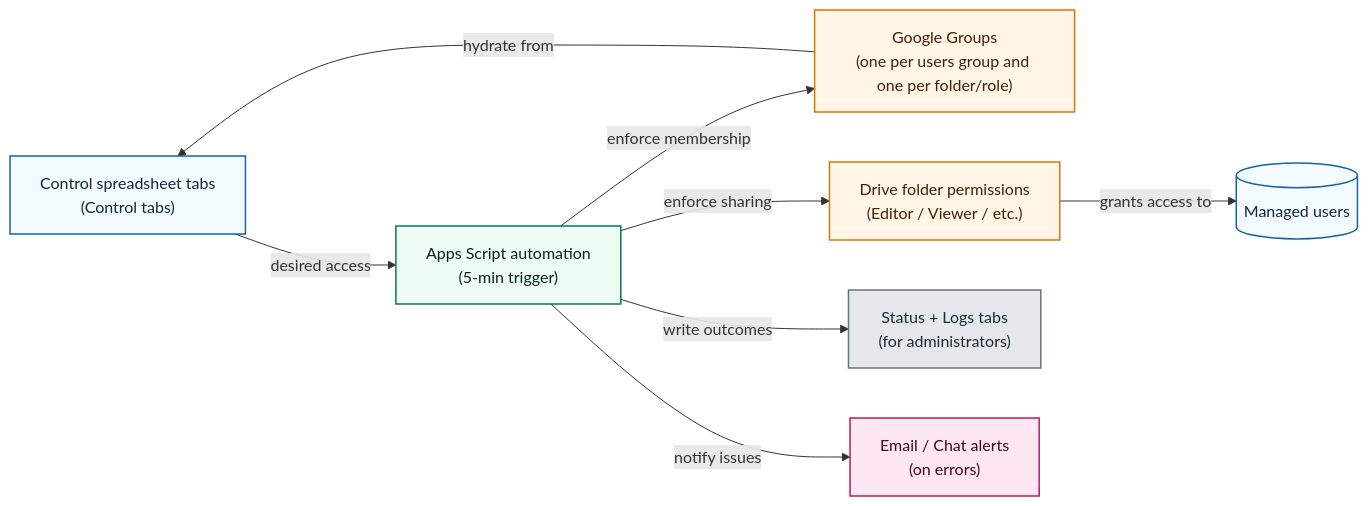
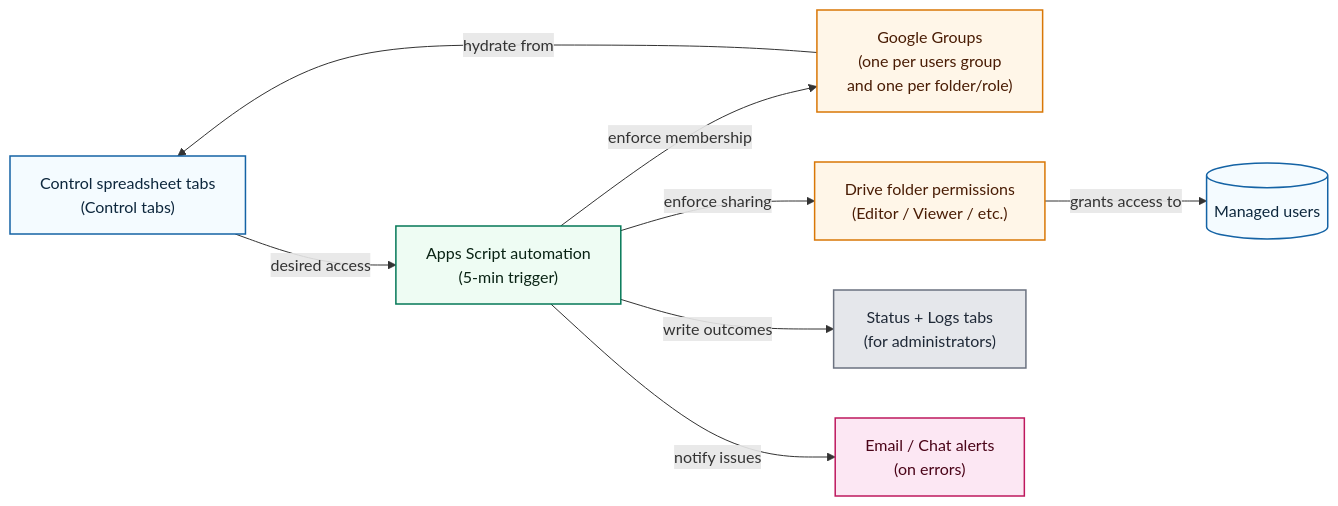
Before and after one commit to davidf9999/gdrive_permissions1: the diagram in README.md, drawn with Mermaid.

Commit message:
add <br> to avoid not seeing text in a mermaid diagram

````diff
--- a/README.md
+++ b/README.md
@@ -107,27 +107,27 @@
 ```mermaid
 flowchart LR
   Control["Control spreadsheet tabs<br>(Control tabs)"]
   Script["Apps Script automation<br>(5-min trigger)"]
-  Groups["Google Groups<br>(one per users group and one per folder/role)"]
+  Groups["Google Groups<br>(one per users group<br>and one per folder/role)"]
   Drive["Drive folder permissions<br>(Editor / Viewer / etc.)"]
   Status["Status + Logs tabs<br>(for administrators)"]
   Alerts["Email / Chat alerts<br>(on errors)"]
  
   Control -- desired access --> Script
   Script -- enforce membership --> Groups
   Script -- enforce sharing --> Drive
   Groups -- hydrate from --> Control
   Drive -- grants access to --> Users[(Managed users)]
   Script -- write outcomes --> Status
   Script -- notify issues --> Alerts
 
   classDef default fill:#f4fbff,stroke:#1463a5,stroke-width:1.5px,color:#0d273d;
   classDef script fill:#eefcf3,stroke:#047857,color:#092314;
   classDef ws fill:#fff6e8,stroke:#d97706,color:#4a1d05;
   classDef status fill:#e5e7eb,stroke:#6b7280,color:#1f2937;
   classDef alerts fill:#fce7f3,stroke:#be185d,color:#4a0418;
   class Script script;
   class Groups,Drive ws;
   class Status status;
   class Alerts alerts;
 ```
````
